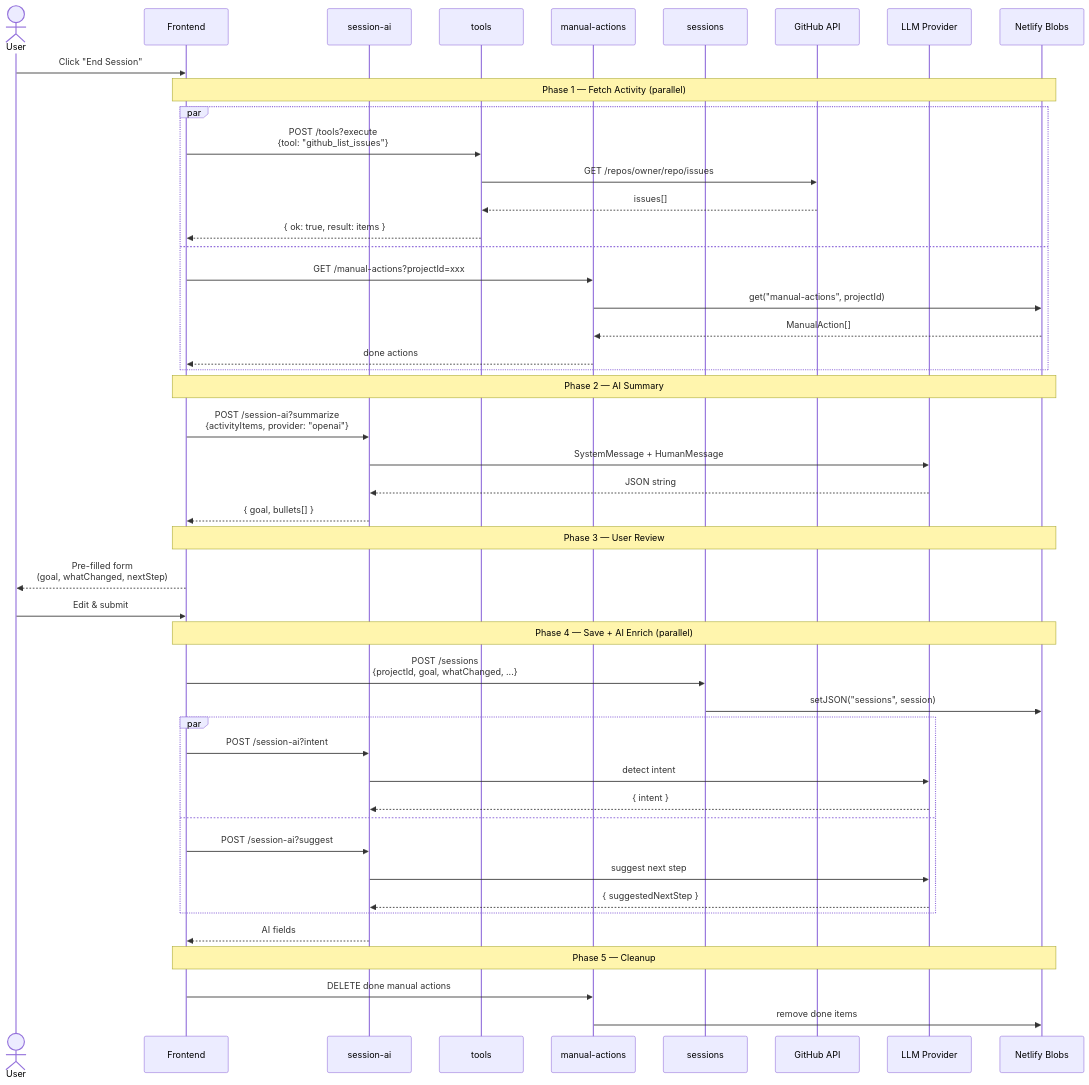
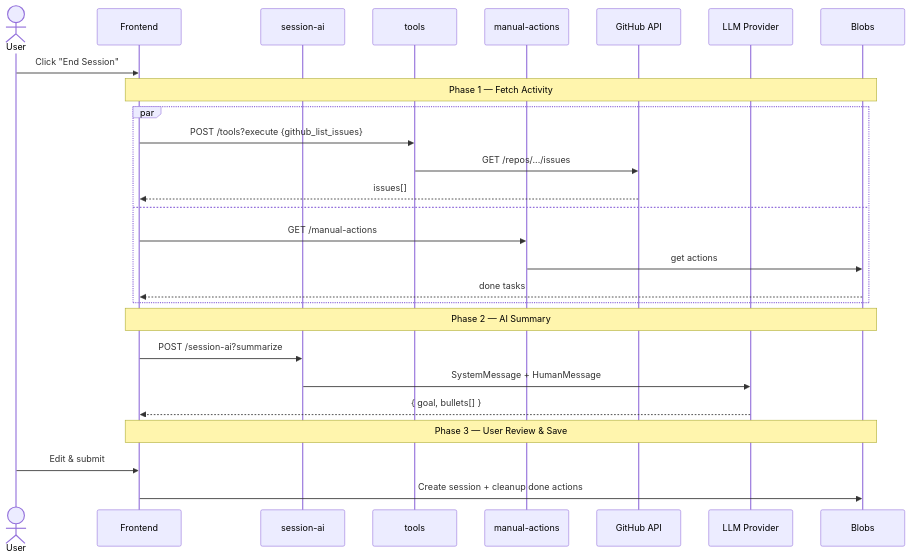
Before and after one commit to rlynjb/buffr: the ninth of 10 diagrams in docs/LEARNING_AI_BACKEND.md, drawn with Mermaid. The commit also changed other lines of this file, not shown here.

````diff
--- a/docs/LEARNING_AI_BACKEND.md
+++ b/docs/LEARNING_AI_BACKEND.md
@@ -691,57 +704,33 @@
 ```mermaid
 sequenceDiagram
     actor U as User
     participant FE as Frontend
     participant SA as session-ai
     participant TL as tools
     participant MA as manual-actions
-    participant SS as sessions
     participant GH as GitHub API
     participant LLM as LLM Provider
-    participant DB as Netlify Blobs
+    participant DB as Blobs
 
     U->>FE: Click "End Session"
 
-    Note over FE,DB: Phase 1 — Fetch Activity (parallel)
+    Note over FE,DB: Phase 1 — Fetch Activity
     par
-        FE->>TL: POST /tools?execute<br/>{tool: "github_list_issues"}
-        TL->>GH: GET /repos/owner/repo/issues
-        GH-->>TL: issues[]
-        TL-->>FE: { ok: true, result: items }
+        FE->>TL: POST /tools?execute {github_list_issues}
+        TL->>GH: GET /repos/.../issues
+        GH-->>FE: issues[]
     and
-        FE->>MA: GET /manual-actions?projectId=xxx
-        MA->>DB: get("manual-actions", projectId)
-        DB-->>MA: ManualAction[]
-        MA-->>FE: done actions
+        FE->>MA: GET /manual-actions
+        MA->>DB: get actions
+        DB-->>FE: done tasks
     end
 
     Note over FE,DB: Phase 2 — AI Summary
-    FE->>SA: POST /session-ai?summarize<br/>{activityItems, provider: "openai"}
+    FE->>SA: POST /session-ai?summarize
     SA->>LLM: SystemMessage + HumanMessage
-    LLM-->>SA: JSON string
-    SA-->>FE: { goal, bullets[] }
+    LLM-->>FE: { goal, bullets[] }
 
-    Note over FE,DB: Phase 3 — User Review
-    FE-->>U: Pre-filled form<br/>(goal, whatChanged, nextStep)
+    Note over FE,DB: Phase 3 — User Review & Save
     U->>FE: Edit & submit
-
-    Note over FE,DB: Phase 4 — Save + AI Enrich (parallel)
-    FE->>SS: POST /sessions<br/>{projectId, goal, whatChanged, ...}
-    SS->>DB: setJSON("sessions", session)
-
-    par
-        FE->>SA: POST /session-ai?intent
-        SA->>LLM: detect intent
-        LLM-->>SA: { intent }
-    and
-        FE->>SA: POST /session-ai?suggest
-        SA->>LLM: suggest next step
-        LLM-->>SA: { suggestedNextStep }
-    end
-
-    SA-->>FE: AI fields
-
-    Note over FE,DB: Phase 5 — Cleanup
-    FE->>MA: DELETE done manual actions
-    MA->>DB: remove done items
+    FE->>DB: Create session + cleanup done actions
 ```
````
